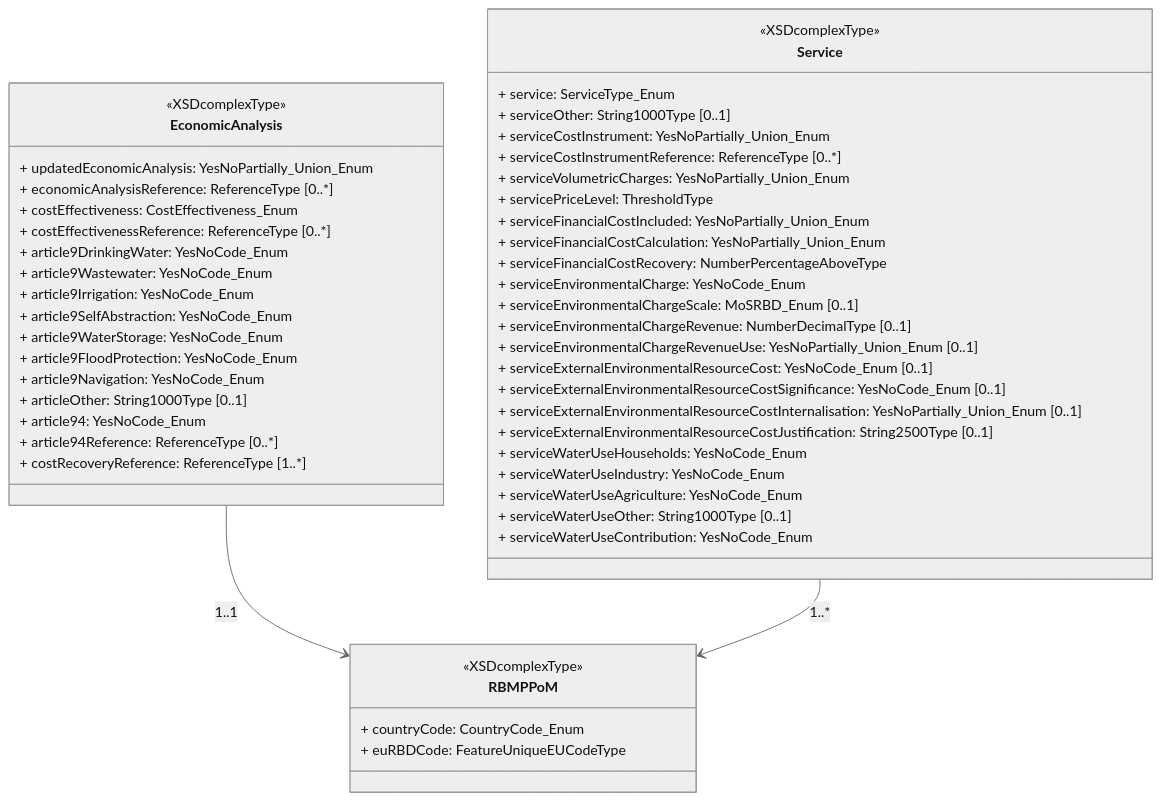
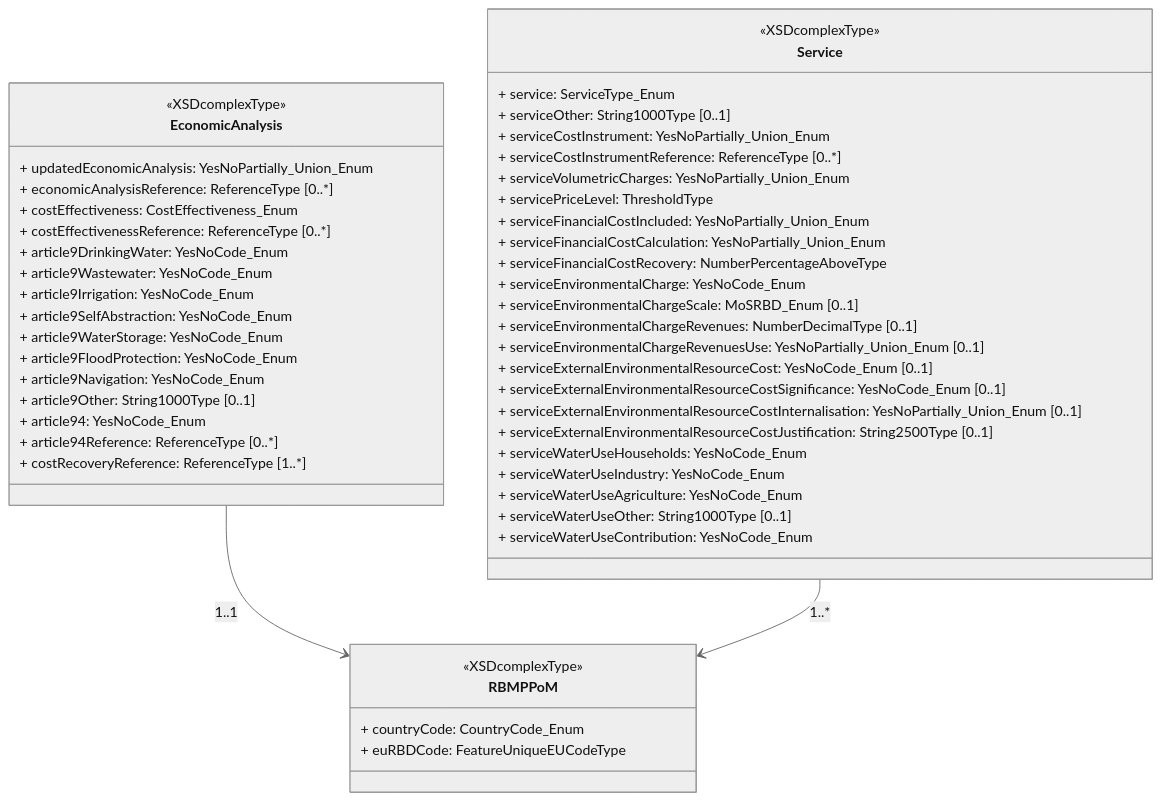
Before and after one commit to eeadata/WISE.WFD.Documentation: the diagram in docs/DataModelReview/mmd/EconomicAnalysisclassDiagram.mmd, drawn with Mermaid (neutral theme). The commit also changed 10 other files, not shown here.

```diff
--- a/docs/DataModelReview/mmd/EconomicAnalysisclassDiagram.mmd
+++ b/docs/DataModelReview/mmd/EconomicAnalysisclassDiagram.mmd
@@ -1,56 +1,56 @@
 classDiagram
     direction TB
 
     class EconomicAnalysis {
         <<XSDcomplexType>>
         + updatedEconomicAnalysis: YesNoPartially_Union_Enum
         + economicAnalysisReference: ReferenceType [0..*]
         + costEffectiveness: CostEffectiveness_Enum
         + costEffectivenessReference: ReferenceType [0..*]
         + article9DrinkingWater: YesNoCode_Enum
         + article9Wastewater: YesNoCode_Enum
         + article9Irrigation: YesNoCode_Enum
         + article9SelfAbstraction: YesNoCode_Enum
         + article9WaterStorage: YesNoCode_Enum
         + article9FloodProtection: YesNoCode_Enum
         + article9Navigation: YesNoCode_Enum
-        + articleOther: String1000Type [0..1]
+        + article9Other: String1000Type [0..1]
         + article94: YesNoCode_Enum
         + article94Reference: ReferenceType [0..*]
         + costRecoveryReference: ReferenceType [1..*]
     }
 
     class Service {
         <<XSDcomplexType>>
         + service: ServiceType_Enum
         + serviceOther: String1000Type [0..1]
         + serviceCostInstrument: YesNoPartially_Union_Enum
         + serviceCostInstrumentReference: ReferenceType [0..*]
         + serviceVolumetricCharges: YesNoPartially_Union_Enum
         + servicePriceLevel: ThresholdType
         + serviceFinancialCostIncluded: YesNoPartially_Union_Enum
         + serviceFinancialCostCalculation: YesNoPartially_Union_Enum
         + serviceFinancialCostRecovery: NumberPercentageAboveType
         + serviceEnvironmentalCharge: YesNoCode_Enum
         + serviceEnvironmentalChargeScale: MoSRBD_Enum [0..1]
-        + serviceEnvironmentalChargeRevenue: NumberDecimalType [0..1]
-        + serviceEnvironmentalChargeRevenueUse: YesNoPartially_Union_Enum [0..1]
+        + serviceEnvironmentalChargeRevenues: NumberDecimalType [0..1]
+        + serviceEnvironmentalChargeRevenuesUse: YesNoPartially_Union_Enum [0..1]
         + serviceExternalEnvironmentalResourceCost: YesNoCode_Enum [0..1]
         + serviceExternalEnvironmentalResourceCostSignificance: YesNoCode_Enum [0..1]
         + serviceExternalEnvironmentalResourceCostInternalisation: YesNoPartially_Union_Enum [0..1]
         + serviceExternalEnvironmentalResourceCostJustification: String2500Type [0..1]
         + serviceWaterUseHouseholds: YesNoCode_Enum
         + serviceWaterUseIndustry: YesNoCode_Enum
         + serviceWaterUseAgriculture: YesNoCode_Enum
         + serviceWaterUseOther: String1000Type [0..1]
         + serviceWaterUseContribution: YesNoCode_Enum
     }
 
     class RBMPPoM {
         <<XSDcomplexType>>
         + countryCode: CountryCode_Enum
         + euRBDCode: FeatureUniqueEUCodeType
     }
 
     EconomicAnalysis --> RBMPPoM : 1..1
     Service --> RBMPPoM : 1..*
```
